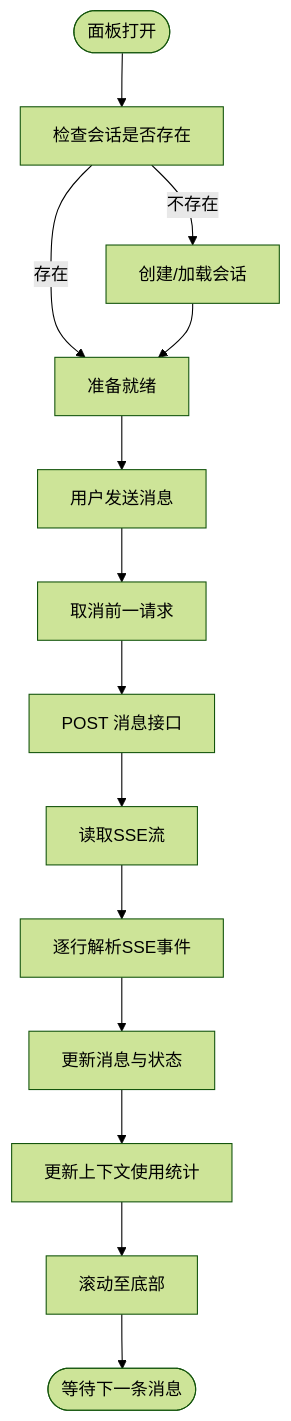
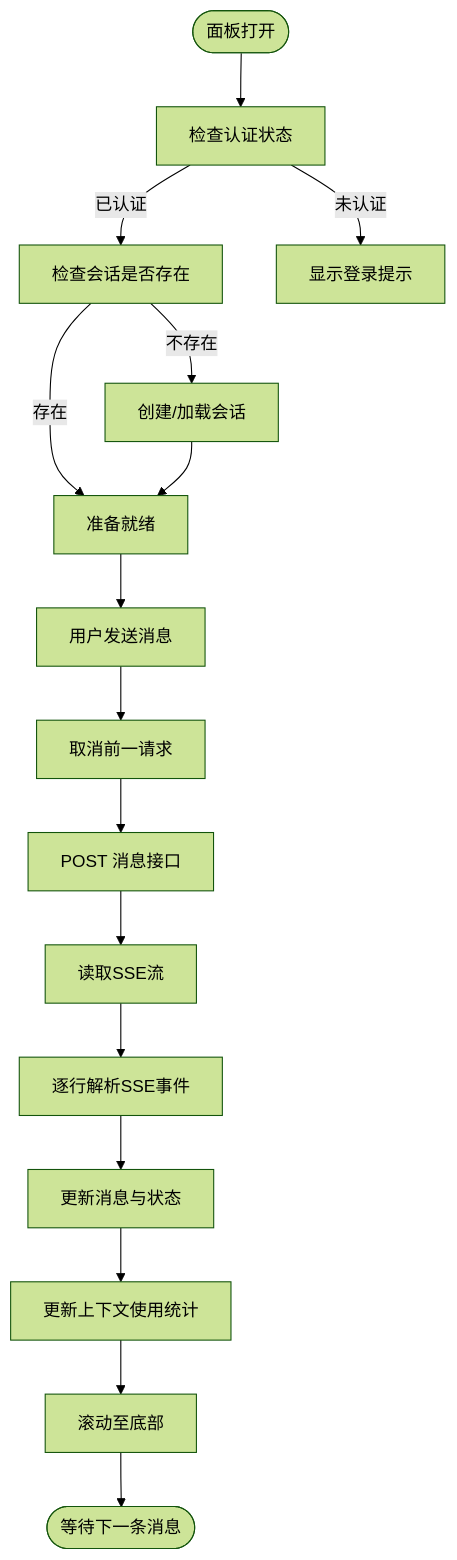
Before and after one commit to KunLabAI/KunFlix: the third of 12 diagrams in .qoder/repowiki/zh/content/前端应用架构/UI组件库/画布组件系统/AI助手面板.md, drawn with Mermaid (forest theme). The commit also changed other lines of this file and 11 other files, not shown here.

````diff
--- a/.qoder/repowiki/zh/content/前端应用架构/UI组件库/画布组件系统/AI助手面板.md
+++ b/.qoder/repowiki/zh/content/前端应用架构/UI组件库/画布组件系统/AI助手面板.md
@@ -208,16 +213,18 @@
 ```mermaid
 flowchart TD
-Start(["面板打开"]) --> CheckSession["检查会话是否存在"]
+Start(["面板打开"]) --> CheckAuth["检查认证状态"]
+CheckAuth --> |已认证| CheckSession["检查会话是否存在"]
+CheckAuth --> |未认证| ShowLogin["显示登录提示"]
 CheckSession --> |不存在| CreateSession["创建/加载会话"]
 CheckSession --> |存在| Ready["准备就绪"]
 CreateSession --> Ready
 Ready --> SendMsg["用户发送消息"]
 SendMsg --> AbortPrev["取消前一请求"]
 AbortPrev --> Fetch["POST 消息接口"]
 Fetch --> ReadStream["读取SSE流"]
 ReadStream --> Parse["逐行解析SSE事件"]
 Parse --> UpdateStore["更新消息与状态"]
 UpdateStore --> UpdateContext["更新上下文使用统计"]
 UpdateContext --> Scroll["滚动至底部"]
 Scroll --> End(["等待下一条消息"])
 ```
````
